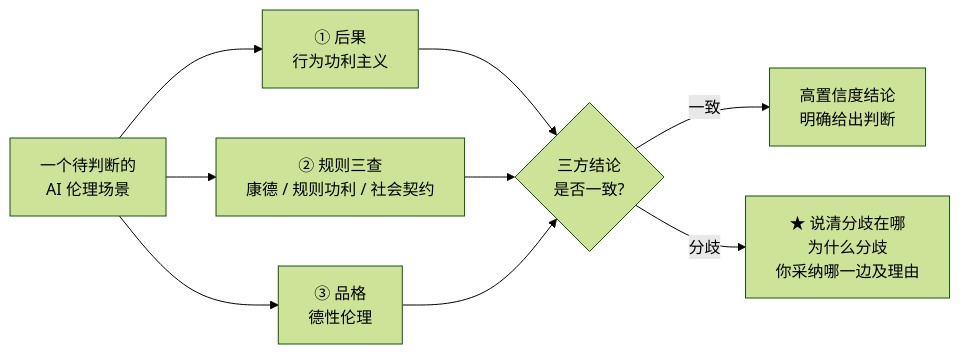
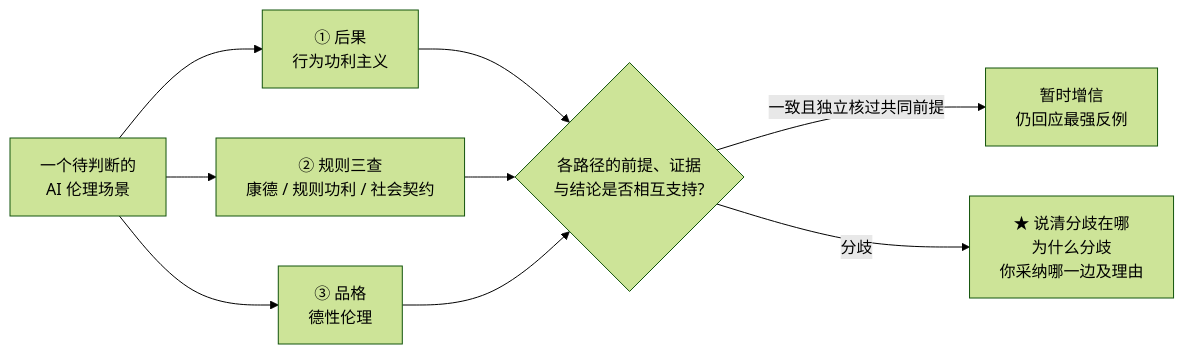
Diagram 14 of 14 in IS5113_AI_Ethics_and_Regulations/notes/M02-道德理论及其应用.md (CercaTrovato/cityu-ai-course-notes), drawn with Mermaid (forest theme) before and after one commit. The commit also changed other lines of this file and 88 other files, not shown here.

````diff
--- a/IS5113_AI_Ethics_and_Regulations/notes/M02-道德理论及其应用.md
+++ b/IS5113_AI_Ethics_and_Regulations/notes/M02-道德理论及其应用.md
@@ -3748,11 +4011,11 @@
 ```mermaid
 flowchart LR
     S["一个待判断的<br>AI 伦理场景"] --> T1["① 后果<br>行为功利主义"]
     S --> T2["② 规则三查<br>康德 / 规则功利 / 社会契约"]
     S --> T3["③ 品格<br>德性伦理"]
-    T1 --> M{"三方结论<br>是否一致?"}
+    T1 --> M{"各路径的前提、证据<br>与结论是否相互支持?"}
     T2 --> M
     T3 --> M
-    M -->|一致| C1["高置信度结论<br>明确给出判断"]
+    M -->|一致且独立核过共同前提| C1["暂时增信<br>仍回应最强反例"]
     M -->|分歧| C2["★ 说清分歧在哪<br>为什么分歧<br>你采纳哪一边及理由"]
 ```
````
